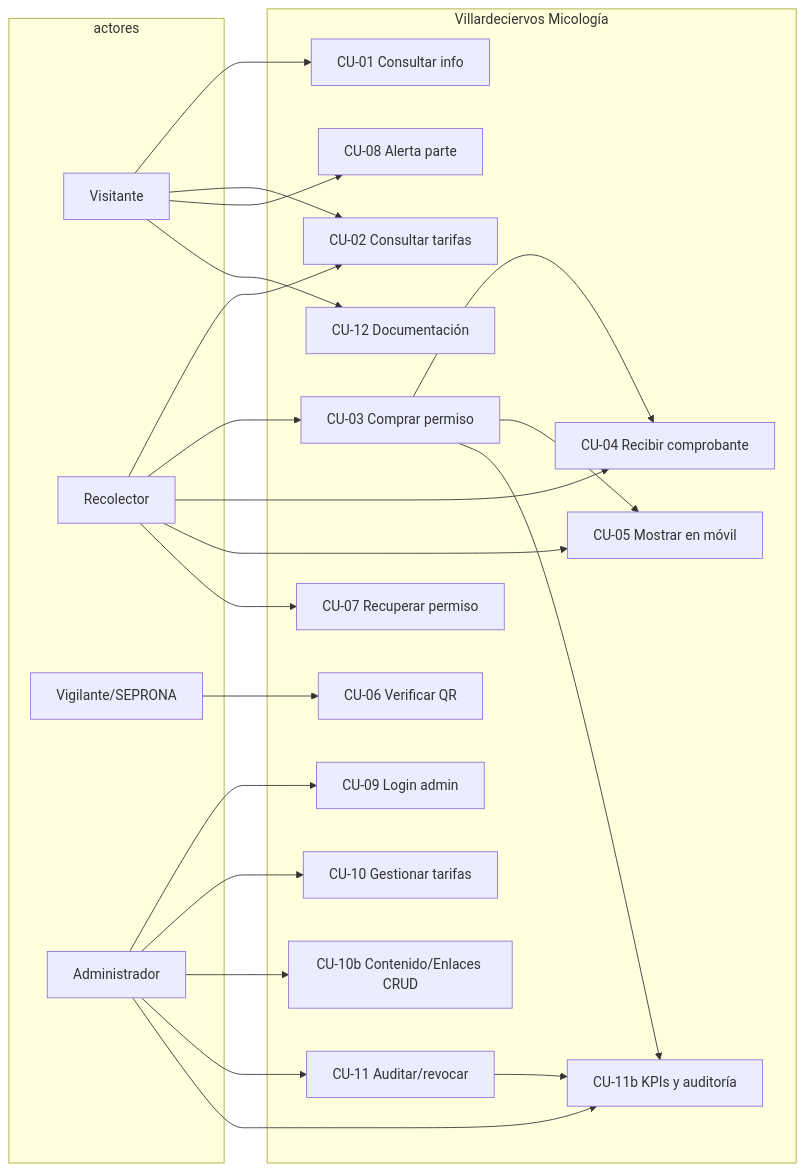
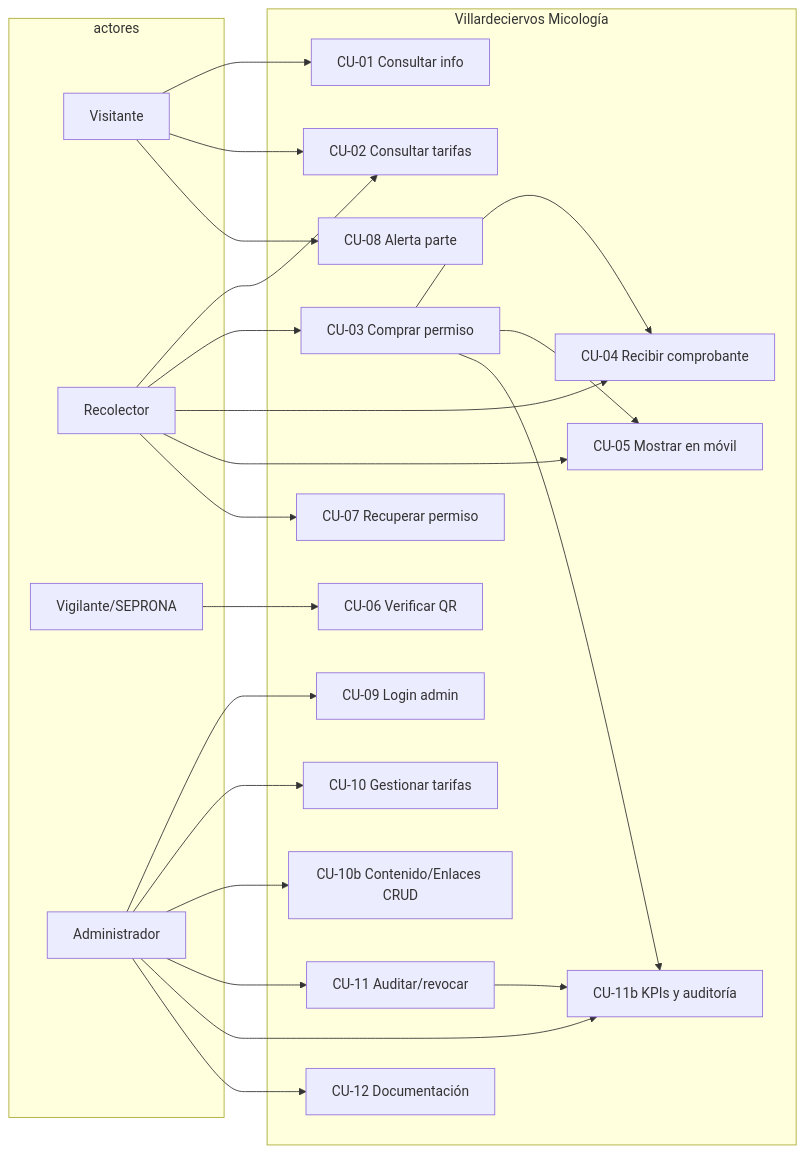
The diagram in docs/casos-de-uso.md (gracobjo/cotoSetas), drawn with Mermaid before and after one commit. The commit also changed other lines of this file and 10 other files, not shown here.

````diff
--- a/docs/casos-de-uso.md
+++ b/docs/casos-de-uso.md
@@ -117,46 +132,46 @@
 ```mermaid
 flowchart LR
   subgraph actores
     V[Visitante]
     R[Recolector]
     Vig[Vigilante/SEPRONA]
     A[Administrador]
   end
 
   subgraph sistema[Villardeciervos Micología]
     CU01[CU-01 Consultar info]
     CU02[CU-02 Consultar tarifas]
     CU03[CU-03 Comprar permiso]
     CU04[CU-04 Recibir comprobante]
     CU05[CU-05 Mostrar en móvil]
     CU06[CU-06 Verificar QR]
     CU07[CU-07 Recuperar permiso]
     CU08[CU-08 Alerta parte]
     CU09[CU-09 Login admin]
     CU10[CU-10 Gestionar tarifas]
     CU10b[CU-10b Contenido/Enlaces CRUD]
     CU11[CU-11 Auditar/revocar]
     CU11b[CU-11b KPIs y auditoría]
     CU12[CU-12 Documentación]
   end
 
   V --> CU01
   V --> CU02
   V --> CU08
-  V --> CU12
   R --> CU02
   R --> CU03
   R --> CU04
   R --> CU05
   R --> CU07
   Vig --> CU06
   A --> CU09
   A --> CU10
   A --> CU10b
   A --> CU11
   A --> CU11b
+  A --> CU12
   CU03 --> CU04
   CU03 --> CU05
   CU03 --> CU11b
   CU11 --> CU11b
 ```
````
